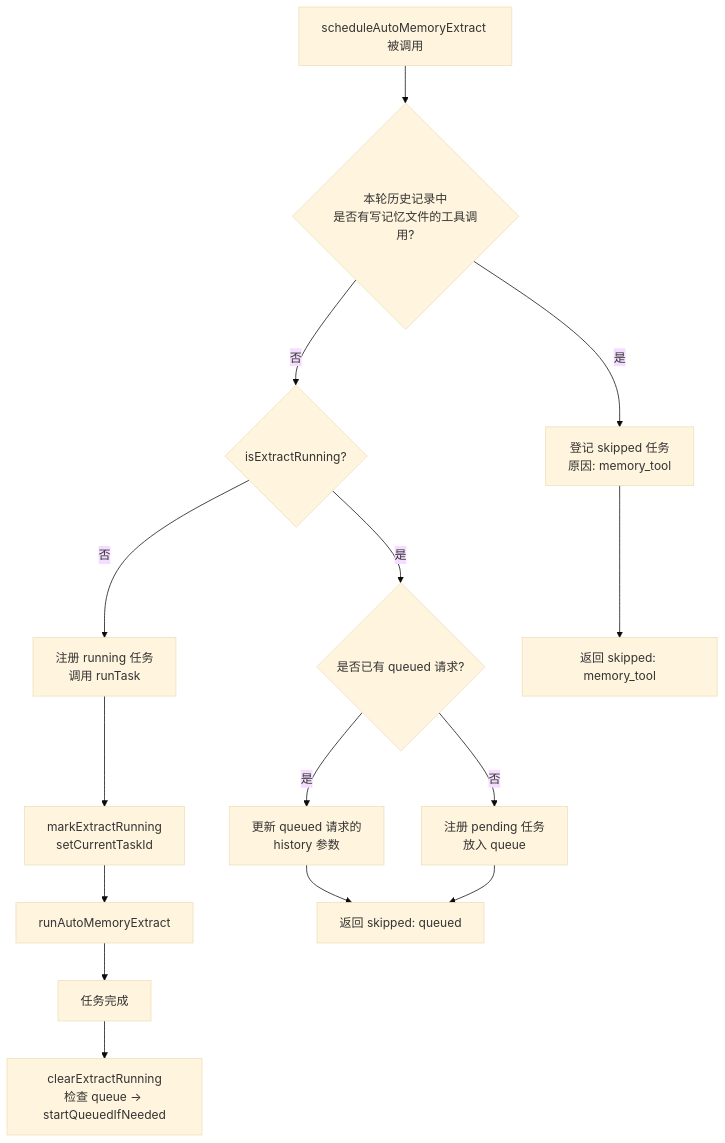
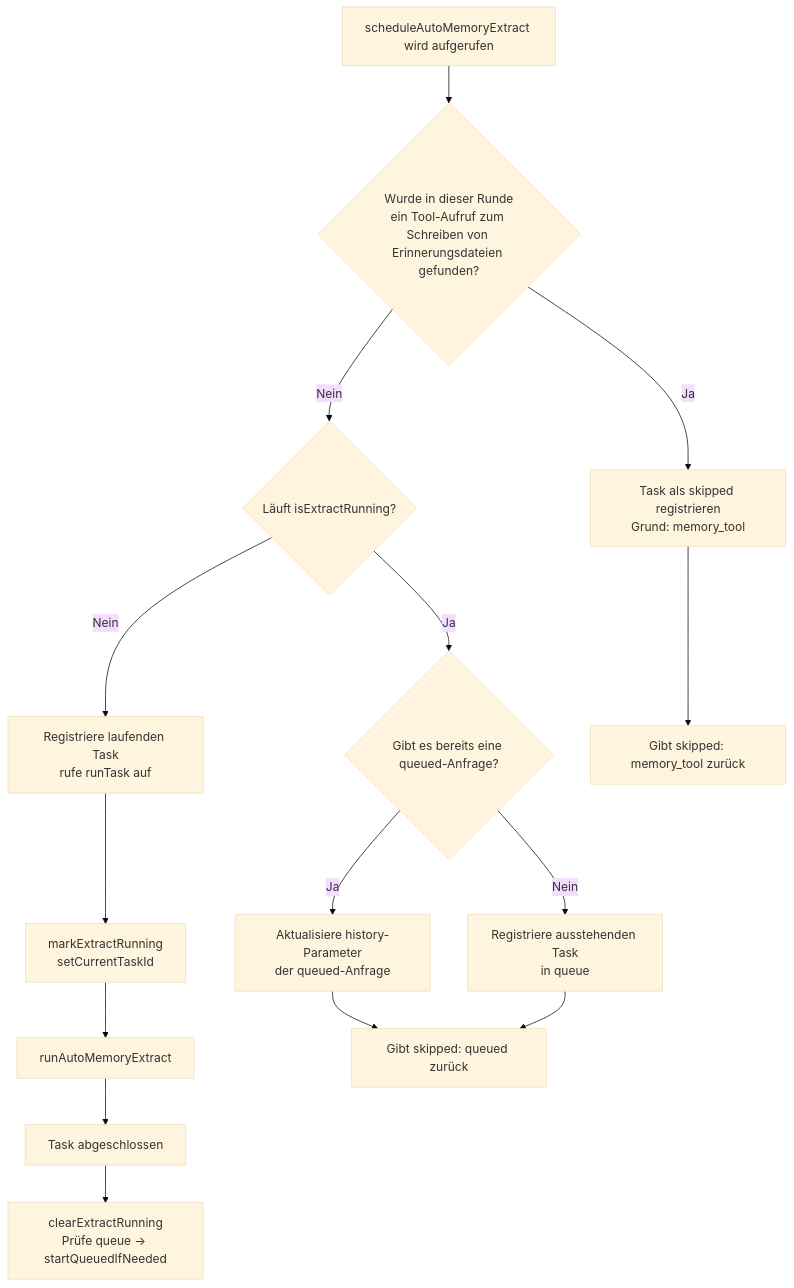
Before and after one commit to QwenLM/qwen-code-docs: the second of 7 diagrams in website/content/de/design/auto-memory/memory-system.md, drawn with Mermaid (base theme). The commit also changed other lines of this file and 1077 other files, not shown here.

````diff
--- a/website/content/de/design/auto-memory/memory-system.md
+++ b/website/content/de/design/auto-memory/memory-system.md
@@ -184,17 +187,17 @@
 ```mermaid
 flowchart TD
-    A[scheduleAutoMemoryExtract 被调用] --> B{本轮历史记录中\n是否有写记忆文件的工具调用?}
-    B -- 是 --> C[登记 skipped 任务\n原因: memory_tool]
-    B -- 否 --> D{isExtractRunning?}
-    D -- 是 --> E{是否已有 queued 请求?}
-    E -- 是 --> F[更新 queued 请求的\nhistory 参数]
-    E -- 否 --> G[注册 pending 任务\n放入 queue]
-    D -- 否 --> H[注册 running 任务\n调用 runTask]
+    A[scheduleAutoMemoryExtract wird aufgerufen] --> B{Wurde in dieser Runde\nein Tool-Aufruf zum Schreiben von Erinnerungsdateien gefunden?}
+    B -- Ja --> C[Task als skipped registrieren\nGrund: memory_tool]
+    B -- Nein --> D{Läuft isExtractRunning?}
+    D -- Ja --> E{Gibt es bereits eine queued-Anfrage?}
+    E -- Ja --> F[Aktualisiere history-Parameter\nder queued-Anfrage]
+    E -- Nein --> G[Registriere ausstehenden Task\nin queue]
+    D -- Nein --> H[Registriere laufenden Task\nrufe runTask auf]
     H --> I[markExtractRunning\nsetCurrentTaskId]
     I --> J[runAutoMemoryExtract]
-    J --> K[任务完成]
-    K --> L[clearExtractRunning\n检查 queue → startQueuedIfNeeded]
-    F --> M[返回 skipped: queued]
+    J --> K[Task abgeschlossen]
+    K --> L[clearExtractRunning\nPrüfe queue → startQueuedIfNeeded]
+    F --> M[Gibt skipped: queued zurück]
     G --> M
-    C --> N[返回 skipped: memory_tool]
+    C --> N[Gibt skipped: memory_tool zurück]
 ```
````
